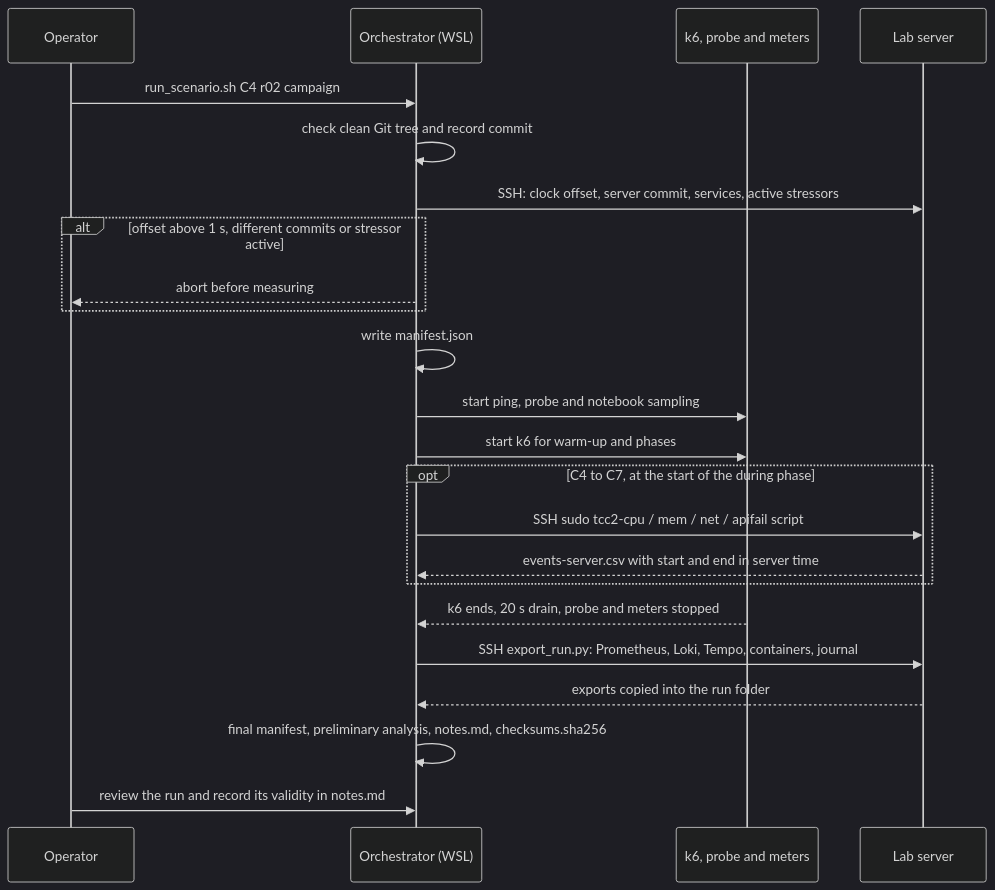
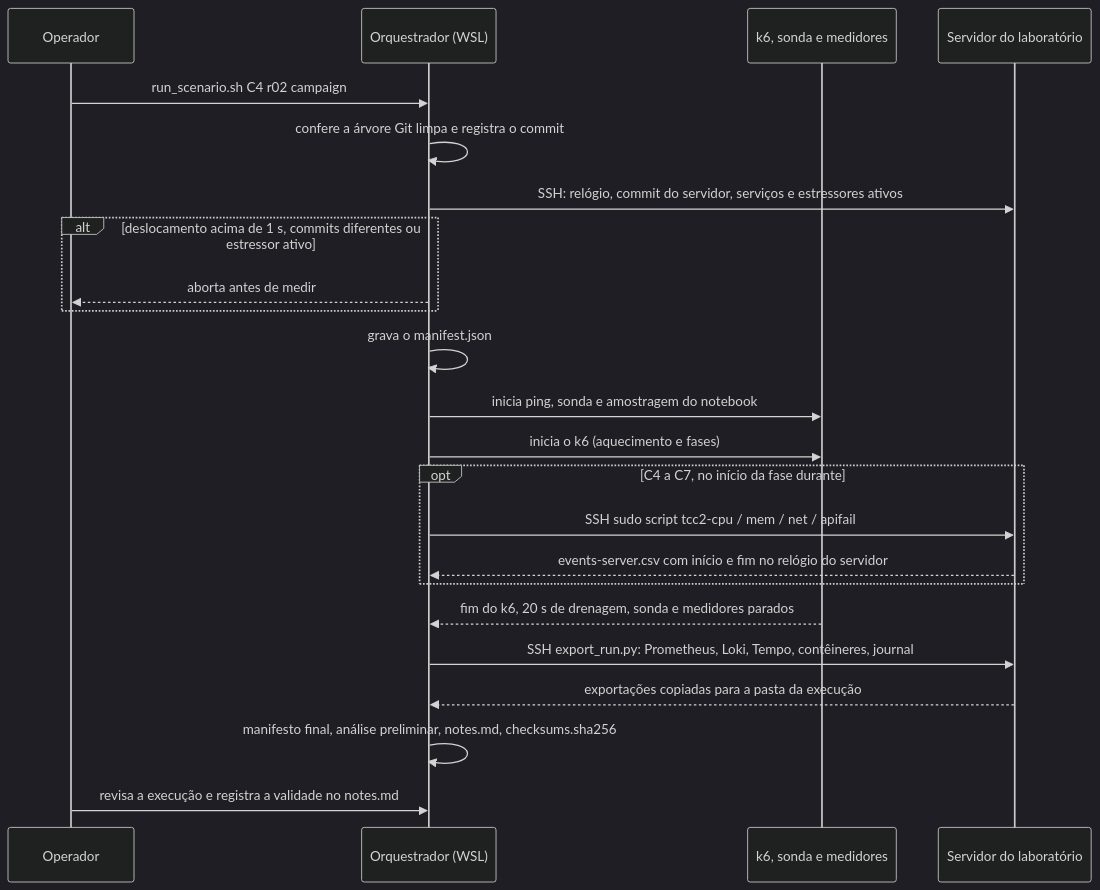
Before and after one commit to itamarsb/Observability-Engineering-Framework: the fifth of 7 diagrams in docs/architecture/README.md, drawn with Mermaid (dark theme). The commit also changed other lines of this file and 4 other files, not shown here.

````diff
--- a/docs/architecture/README.md
+++ b/docs/architecture/README.md
@@ -164,26 +164,26 @@
 ```mermaid
 sequenceDiagram
-    participant OP as Operator
-    participant OR as Orchestrator (WSL)
-    participant GEN as k6, probe and meters
-    participant SV as Lab server
+    participant OP as Operador
+    participant OR as Orquestrador (WSL)
+    participant GEN as k6, sonda e medidores
+    participant SV as Servidor do laboratório
 
     OP->>OR: run_scenario.sh C4 r02 campaign
-    OR->>OR: check clean Git tree and record commit
-    OR->>SV: SSH: clock offset, server commit, services, active stressors
-    alt offset above 1 s, different commits or stressor active
-        OR-->>OP: abort before measuring
+    OR->>OR: confere a árvore Git limpa e registra o commit
+    OR->>SV: SSH: relógio, commit do servidor, serviços e estressores ativos
+    alt deslocamento acima de 1 s, commits diferentes ou estressor ativo
+        OR-->>OP: aborta antes de medir
     end
-    OR->>OR: write manifest.json
-    OR->>GEN: start ping, probe and notebook sampling
-    OR->>GEN: start k6 for warm-up and phases
-    opt C4 to C7, at the start of the during phase
-        OR->>SV: SSH sudo tcc2-cpu / mem / net / apifail script
-        SV-->>OR: events-server.csv with start and end in server time
+    OR->>OR: grava o manifest.json
+    OR->>GEN: inicia ping, sonda e amostragem do notebook
+    OR->>GEN: inicia o k6 (aquecimento e fases)
+    opt C4 a C7, no início da fase durante
+        OR->>SV: SSH sudo script tcc2-cpu / mem / net / apifail
+        SV-->>OR: events-server.csv com início e fim no relógio do servidor
     end
-    GEN-->>OR: k6 ends, 20 s drain, probe and meters stopped
-    OR->>SV: SSH export_run.py: Prometheus, Loki, Tempo, containers, journal
-    SV-->>OR: exports copied into the run folder
-    OR->>OR: final manifest, preliminary analysis, notes.md, checksums.sha256
-    OP->>OR: review the run and record its validity in notes.md
+    GEN-->>OR: fim do k6, 20 s de drenagem, sonda e medidores parados
+    OR->>SV: SSH export_run.py: Prometheus, Loki, Tempo, contêineres, journal
+    SV-->>OR: exportações copiadas para a pasta da execução
+    OR->>OR: manifesto final, análise preliminar, notes.md, checksums.sha256
+    OP->>OR: revisa a execução e registra a validade no notes.md
 ```
````
